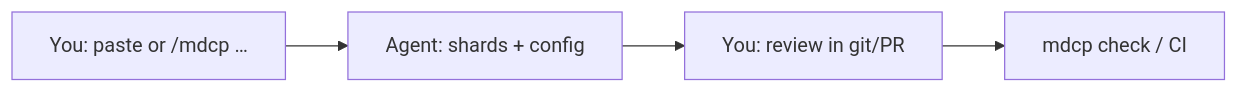
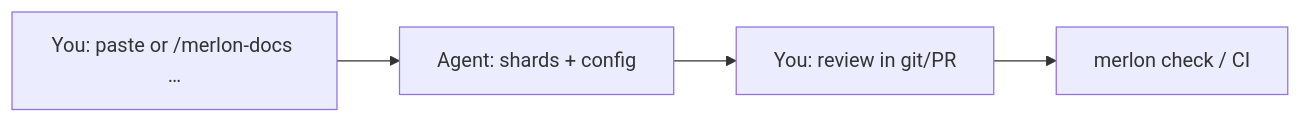
One commit to Merlon-Docs/merlon changed the first of 2 diagrams in README.md. Above: the diagram before and after it, drawn with Mermaid. The commit also changed other lines of this file and 769 other files, not shown here.

````diff
--- a/README.md
+++ b/README.md
@@ -88,6 +88,6 @@
 ```mermaid
 flowchart LR
-  you["You: paste or /mdcp …"] --> agent["Agent: shards + config"]
+  you["You: paste or /merlon-docs …"] --> agent["Agent: shards + config"]
   agent --> review["You: review in git/PR"]
-  review --> gate["mdcp check / CI"]
+  review --> gate["merlon check / CI"]
 ```
````
